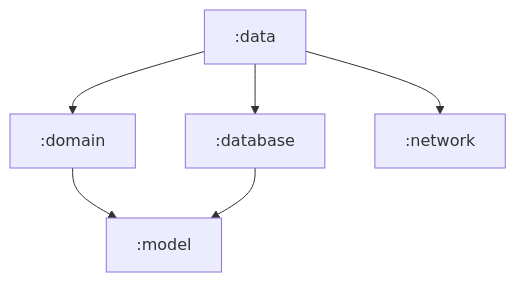
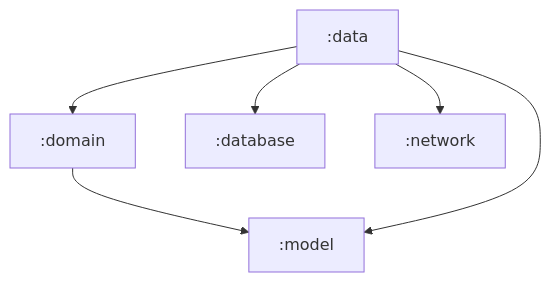
Before and after one commit to Syn57/Ecommerce: the diagram in core/data/README.md, drawn with Mermaid.

````diff
--- a/core/data/README.md
+++ b/core/data/README.md
@@ -14,8 +14,8 @@
 ```mermaid
   graph TD;
       A[:data]-->B[:domain];
       A-->C[:database];
       A-->D[:network];
       B-->E[:model];
-      C-->E
+      A-->E
 ```
````
